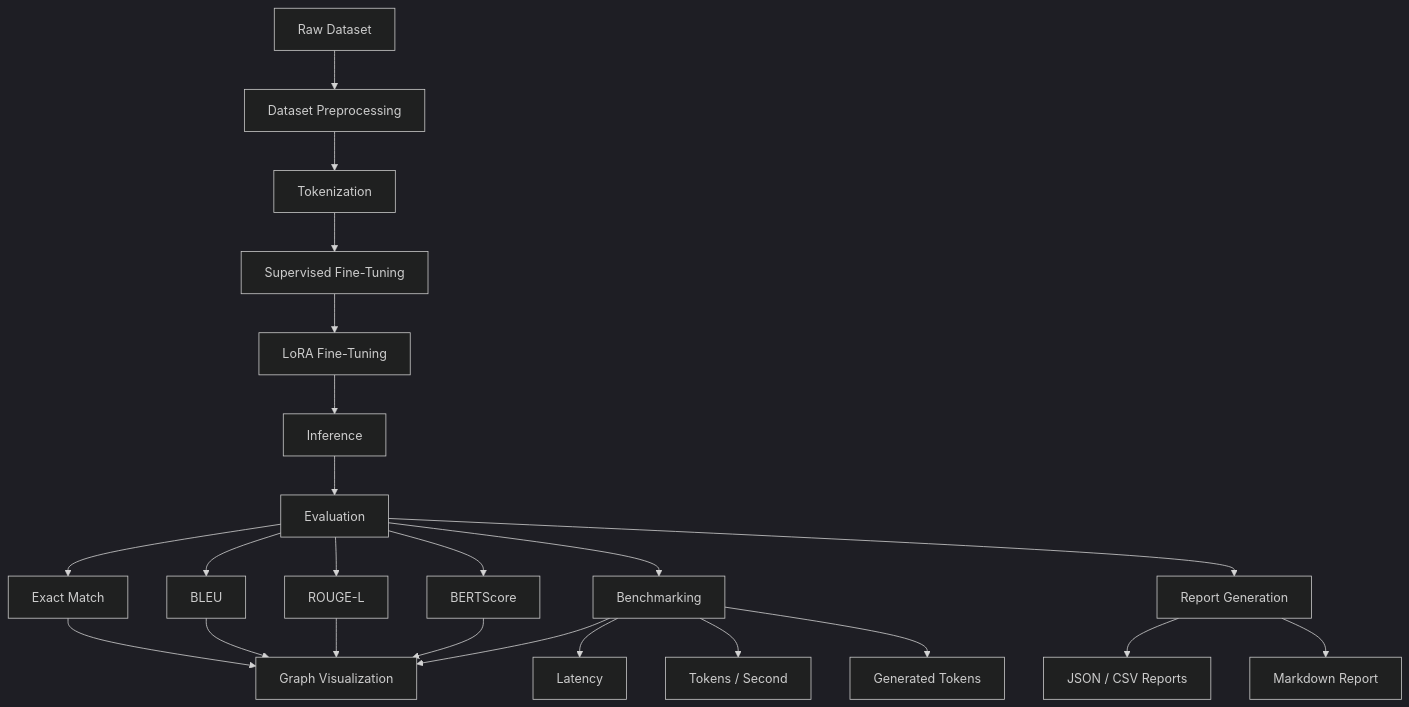
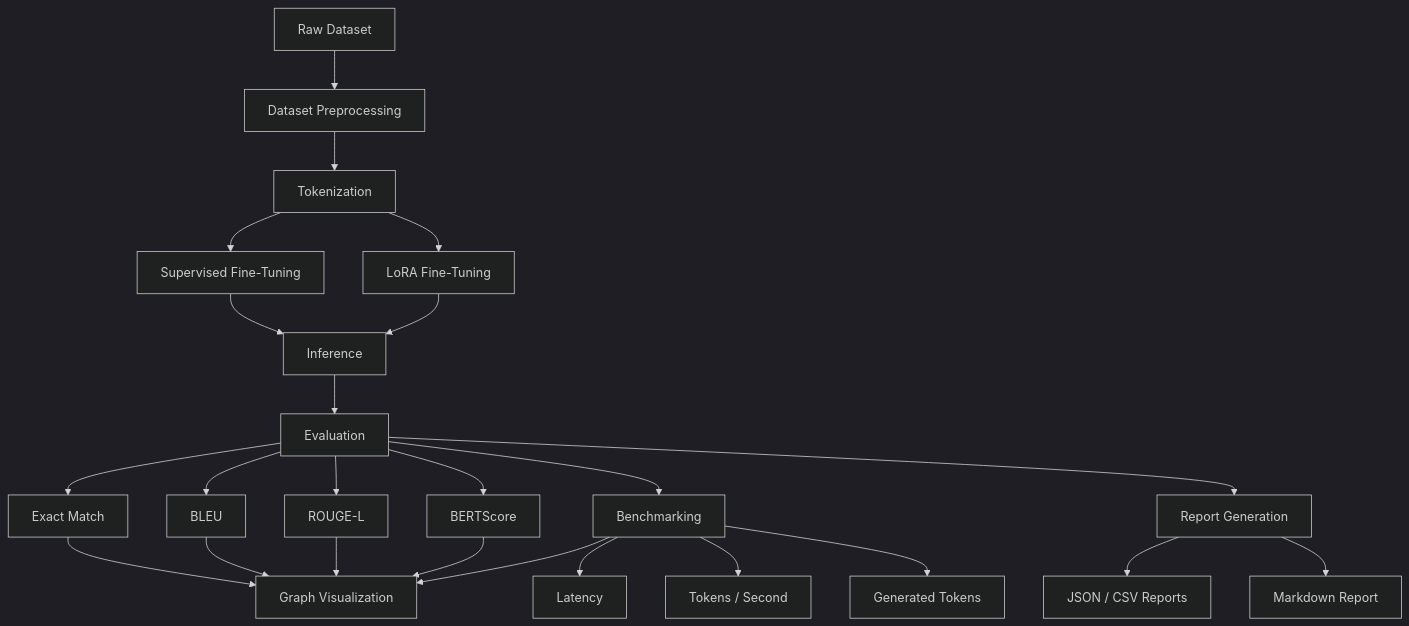
The first of 2 diagrams in README.md (thehimanshugoel/LLM-Training-Benchmarking), drawn with Mermaid (dark theme) before and after one commit.

````diff
--- a/README.md
+++ b/README.md
@@ -27,25 +27,26 @@
 ```mermaid
 flowchart TD
     A[Raw Dataset] --> B[Dataset Preprocessing]
     B --> C[Tokenization]
     C --> D[Supervised Fine-Tuning]
-    D --> E[LoRA Fine-Tuning]
+    C --> E[LoRA Fine-Tuning]
+    D --> F[Inference]
     E --> F[Inference]
     F --> G[Evaluation]
     
     G --> H[Exact Match]
     G --> I[BLEU]
     G --> J[ROUGE-L]
     G --> K[BERTScore]
     
     G --> L[Benchmarking]
     L --> M[Latency]
     L --> N[Tokens / Second]
     L --> O[Generated Tokens]
     
     G --> P[Report Generation]
     P --> Q[JSON / CSV Reports]
     P --> R[Markdown Report]
     
     H & I & J & K & L --> S[Graph Visualization]
 ```
````
